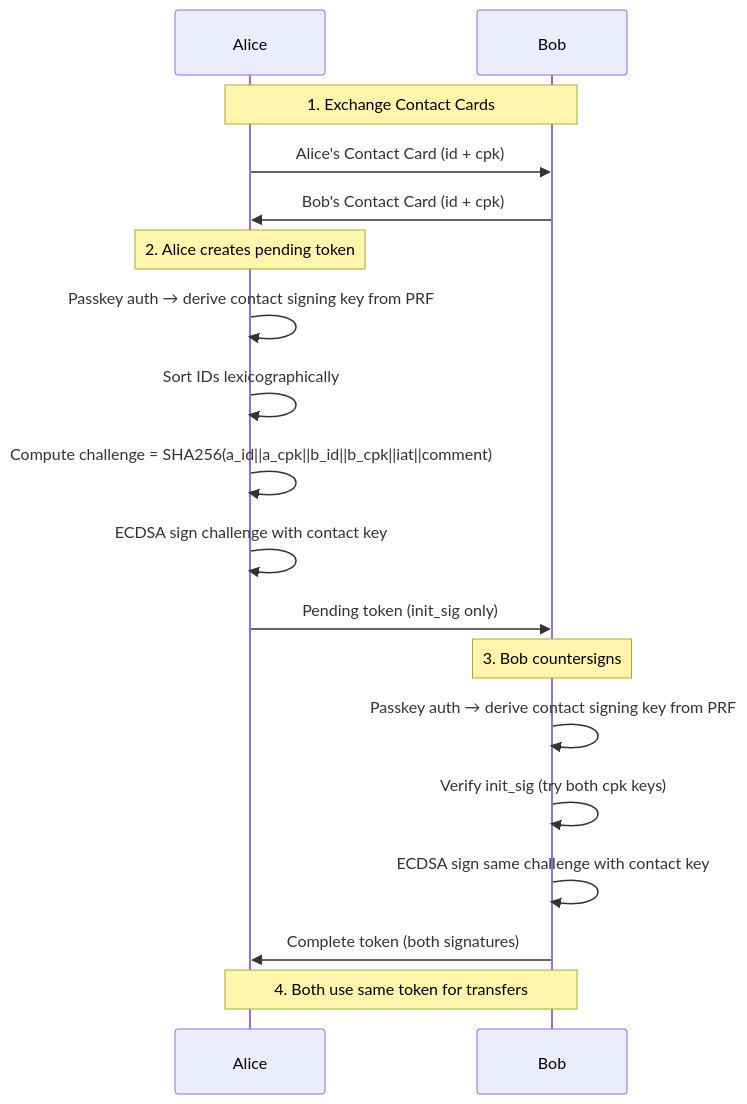
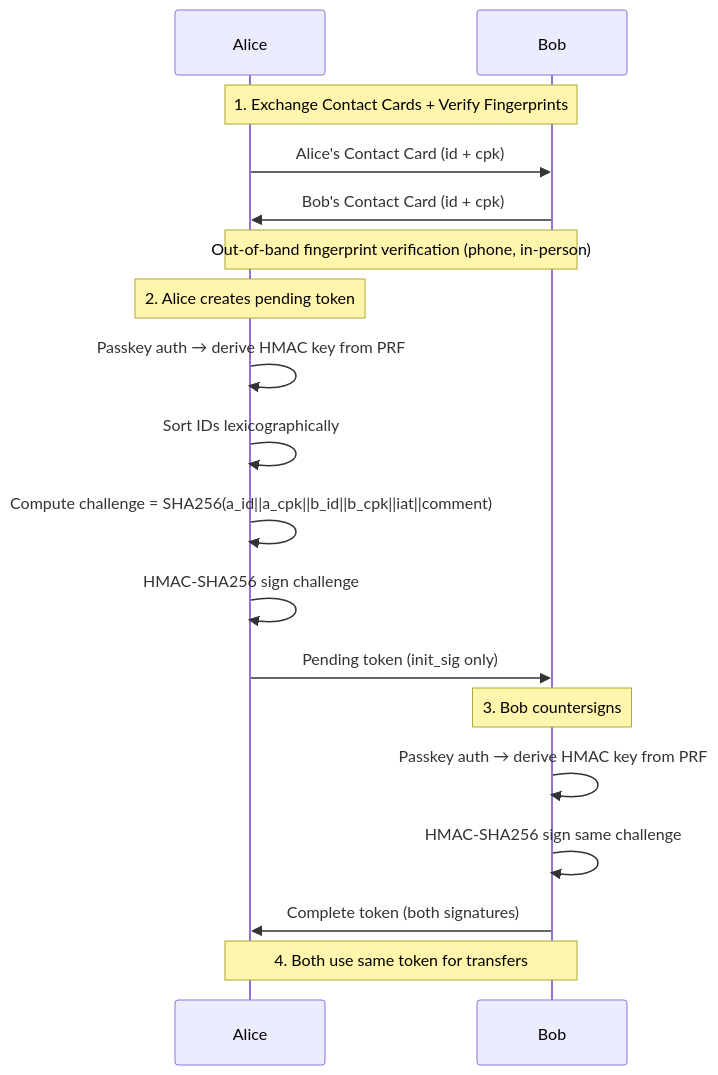
Before and after one commit to andrewtheguy/secure-send-web: the fourth of 9 diagrams in docs/ARCHITECTURE.md, drawn with Mermaid. The commit also changed other lines of this file and 3 other files, not shown here.

Commit message:
feat: add PasskeyVerifyTokenPage for verifying mutual contact token signatures

````diff
--- a/docs/ARCHITECTURE.md
+++ b/docs/ARCHITECTURE.md
@@ -208,20 +208,20 @@
 ```mermaid
 sequenceDiagram
     participant Alice
     participant Bob
-    Note over Alice,Bob: 1. Exchange Contact Cards
+    Note over Alice,Bob: 1. Exchange Contact Cards + Verify Fingerprints
     Alice->>Bob: Alice's Contact Card (id + cpk)
     Bob->>Alice: Bob's Contact Card (id + cpk)
+    Note over Alice,Bob: Out-of-band fingerprint verification (phone, in-person)
     Note over Alice: 2. Alice creates pending token
-    Alice->>Alice: Passkey auth → derive contact signing key from PRF
+    Alice->>Alice: Passkey auth → derive HMAC key from PRF
     Alice->>Alice: Sort IDs lexicographically
     Alice->>Alice: Compute challenge = SHA256(a_id||a_cpk||b_id||b_cpk||iat||comment)
-    Alice->>Alice: ECDSA sign challenge with contact key
+    Alice->>Alice: HMAC-SHA256 sign challenge
     Alice->>Bob: Pending token (init_sig only)
     Note over Bob: 3. Bob countersigns
-    Bob->>Bob: Passkey auth → derive contact signing key from PRF
-    Bob->>Bob: Verify init_sig (try both cpk keys)
-    Bob->>Bob: ECDSA sign same challenge with contact key
+    Bob->>Bob: Passkey auth → derive HMAC key from PRF
+    Bob->>Bob: HMAC-SHA256 sign same challenge
     Bob->>Alice: Complete token (both signatures)
     Note over Alice,Bob: 4. Both use same token for transfers
 ```
````
